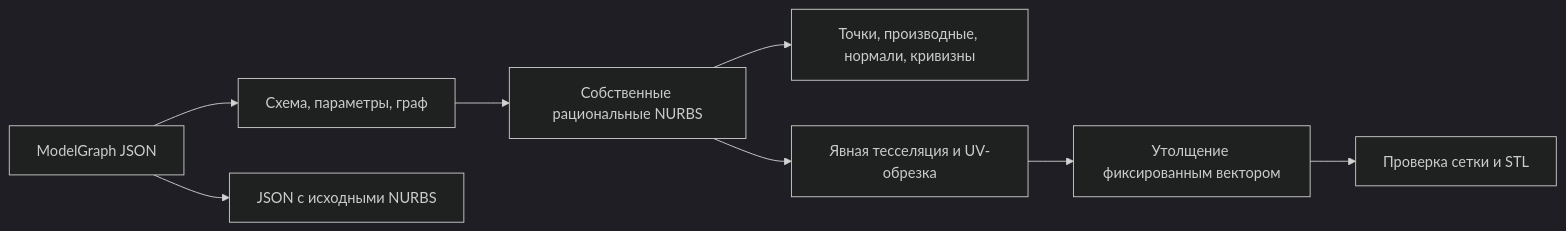
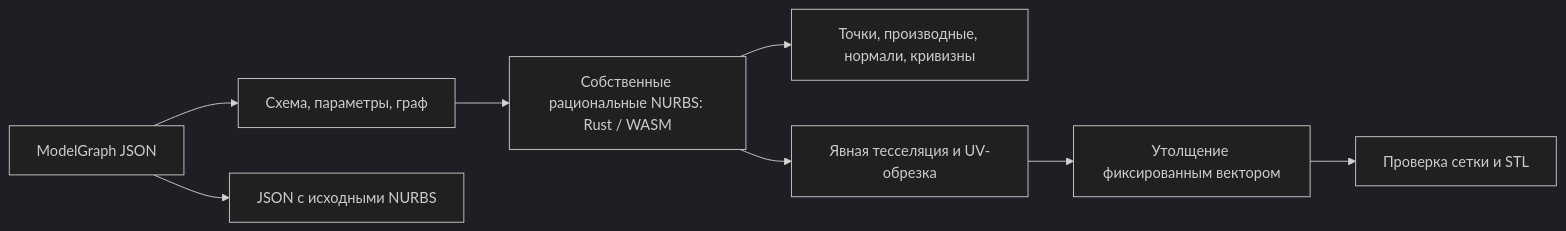
Before and after one commit to themoretheless/open-scad-viewer: the diagram in docs/design/modelgraph-nurbs-own-kernel.md, drawn with Mermaid (dark theme). The commit also changed other lines of this file and 130 other files, not shown here.

````diff
--- a/docs/design/modelgraph-nurbs-own-kernel.md
+++ b/docs/design/modelgraph-nurbs-own-kernel.md
@@ -9,10 +9,10 @@
 ```mermaid
 flowchart LR
   A[ModelGraph JSON] --> B[Схема, параметры, граф]
-  B --> C[Собственные рациональные NURBS]
+  B --> C[Собственные рациональные NURBS: Rust / WASM]
   C --> D[Точки, производные, нормали, кривизны]
   C --> E[Явная тесселяция и UV-обрезка]
   E --> F[Утолщение фиксированным вектором]
   F --> G[Проверка сетки и STL]
   A --> H[JSON с исходными NURBS]
 ```
````
